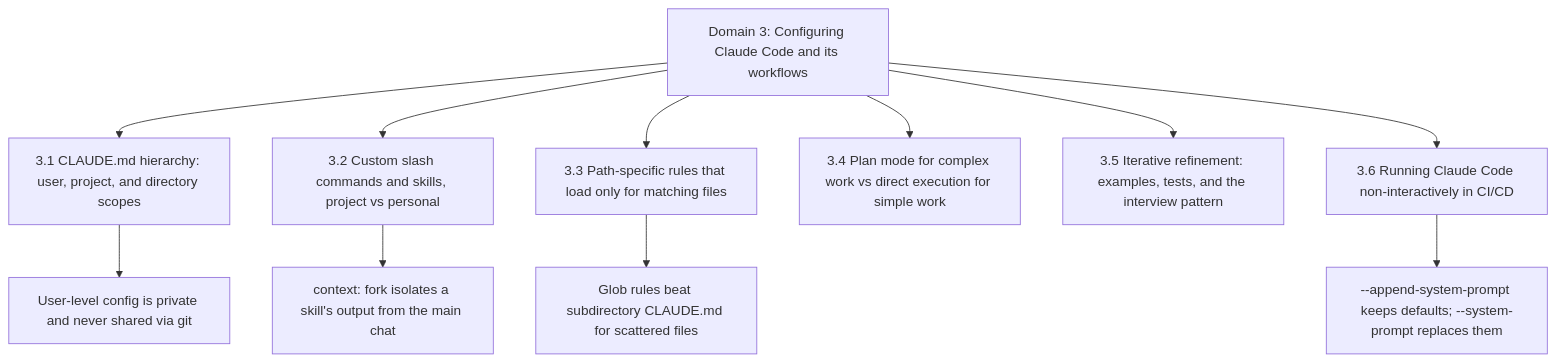
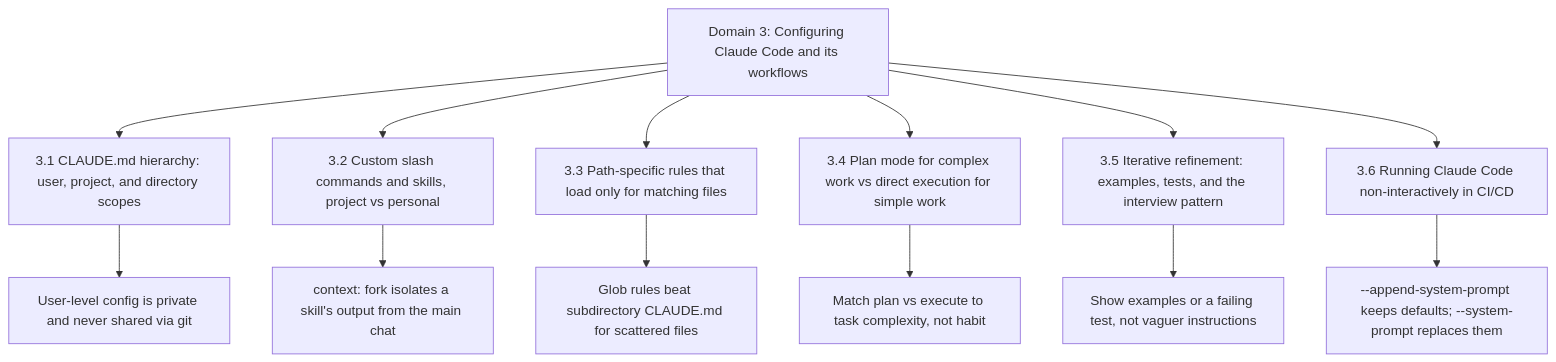
Before and after one commit to NicoAbet04/CCAF-study-env: the diagram in vaults/ccaf/3 - Claude Code Configuration & Workflows.md, drawn with Mermaid. The commit also changed other lines of this file and 5 other files, not shown here.

````diff
--- a/vaults/ccaf/3 - Claude Code Configuration & Workflows.md
+++ b/vaults/ccaf/3 - Claude Code Configuration & Workflows.md
@@ -20,14 +21,16 @@
 ```mermaid
 graph TD
     D3[Domain 3: Configuring Claude Code and its workflows]
     D3 --> T1[3.1 CLAUDE.md hierarchy: user, project, and directory scopes]
     D3 --> T2[3.2 Custom slash commands and skills, project vs personal]
     D3 --> T3[3.3 Path-specific rules that load only for matching files]
     D3 --> T4[3.4 Plan mode for complex work vs direct execution for simple work]
     D3 --> T5[3.5 Iterative refinement: examples, tests, and the interview pattern]
     D3 --> T6[3.6 Running Claude Code non-interactively in CI/CD]
     T1 --> H1[User-level config is private and never shared via git]
     T2 --> H2[context: fork isolates a skill's output from the main chat]
     T3 --> H3[Glob rules beat subdirectory CLAUDE.md for scattered files]
-    T6 --> H4[--append-system-prompt keeps defaults; --system-prompt replaces them]
+    T6 --> H4["--append-system-prompt keeps defaults; --system-prompt replaces them"]
+    T4 --> H5[Match plan vs execute to task complexity, not habit]
+    T5 --> H6[Show examples or a failing test, not vaguer instructions]
 ```
````
